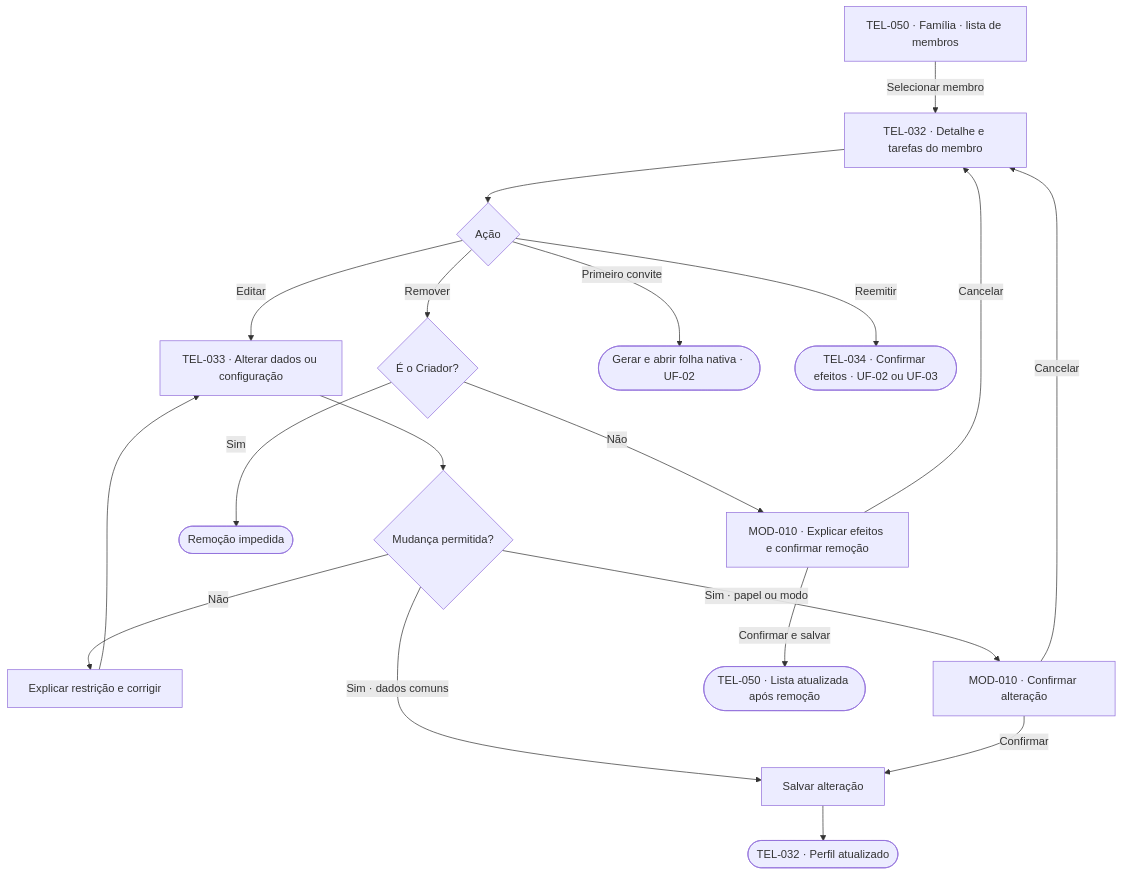
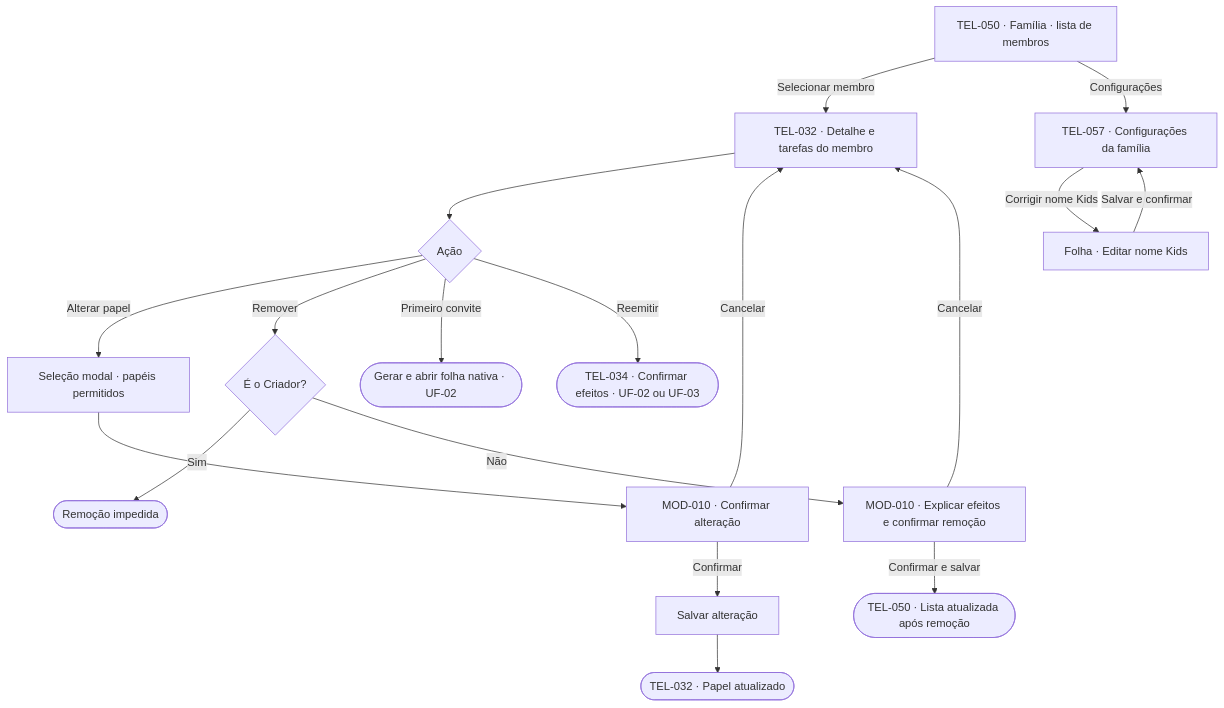
Before and after one commit to lizandramalta/App-Rotina-Familiar: diagram 12 of 16 in docs/design/user-flows.md, drawn with Mermaid. The commit also changed other lines of this file and 80 other files, not shown here.

Commit message:
feat(family): align family screens and recognition flows

````diff
--- a/docs/design/user-flows.md
+++ b/docs/design/user-flows.md
@@ -465,21 +469,20 @@
 ```mermaid
 flowchart TD
     A["TEL-050 · Família · lista de membros"] -->|Selecionar membro| C["TEL-032 · Detalhe e tarefas do membro"]
     C --> D{"Ação"}
-    D -->|Editar| E["TEL-033 · Alterar dados ou configuração"]
-    E --> F{"Mudança permitida?"}
-    F -->|Não| G["Explicar restrição e corrigir"]
-    G --> E
-    F -->|Sim · dados comuns| H["Salvar alteração"]
-    F -->|Sim · papel ou modo| I["MOD-010 · Confirmar alteração"]
-    I -->|Confirmar| H
+    D -->|Alterar papel| E["Seleção modal · papéis permitidos"]
+    E --> I["MOD-010 · Confirmar alteração"]
+    I -->|Confirmar| H["Salvar alteração"]
     I -->|Cancelar| C
-    H --> J(["TEL-032 · Perfil atualizado"])
+    H --> J(["TEL-032 · Papel atualizado"])
+    A -->|Configurações| S["TEL-057 · Configurações da família"]
+    S -->|Corrigir nome Kids| KNE["Folha · Editar nome Kids"]
+    KNE -->|Salvar e confirmar| S
     D -->|Remover| K{"É o Criador?"}
     K -->|Sim| L(["Remoção impedida"])
     K -->|Não| M["MOD-010 · Explicar efeitos e confirmar remoção"]
     M -->|Cancelar| C
     M -->|Confirmar e salvar| N(["TEL-050 · Lista atualizada após remoção"])
     D -->|Primeiro convite| O(["Gerar e abrir folha nativa · UF-02"])
     D -->|Reemitir| P(["TEL-034 · Confirmar efeitos · UF-02 ou UF-03"])
 ```
````
